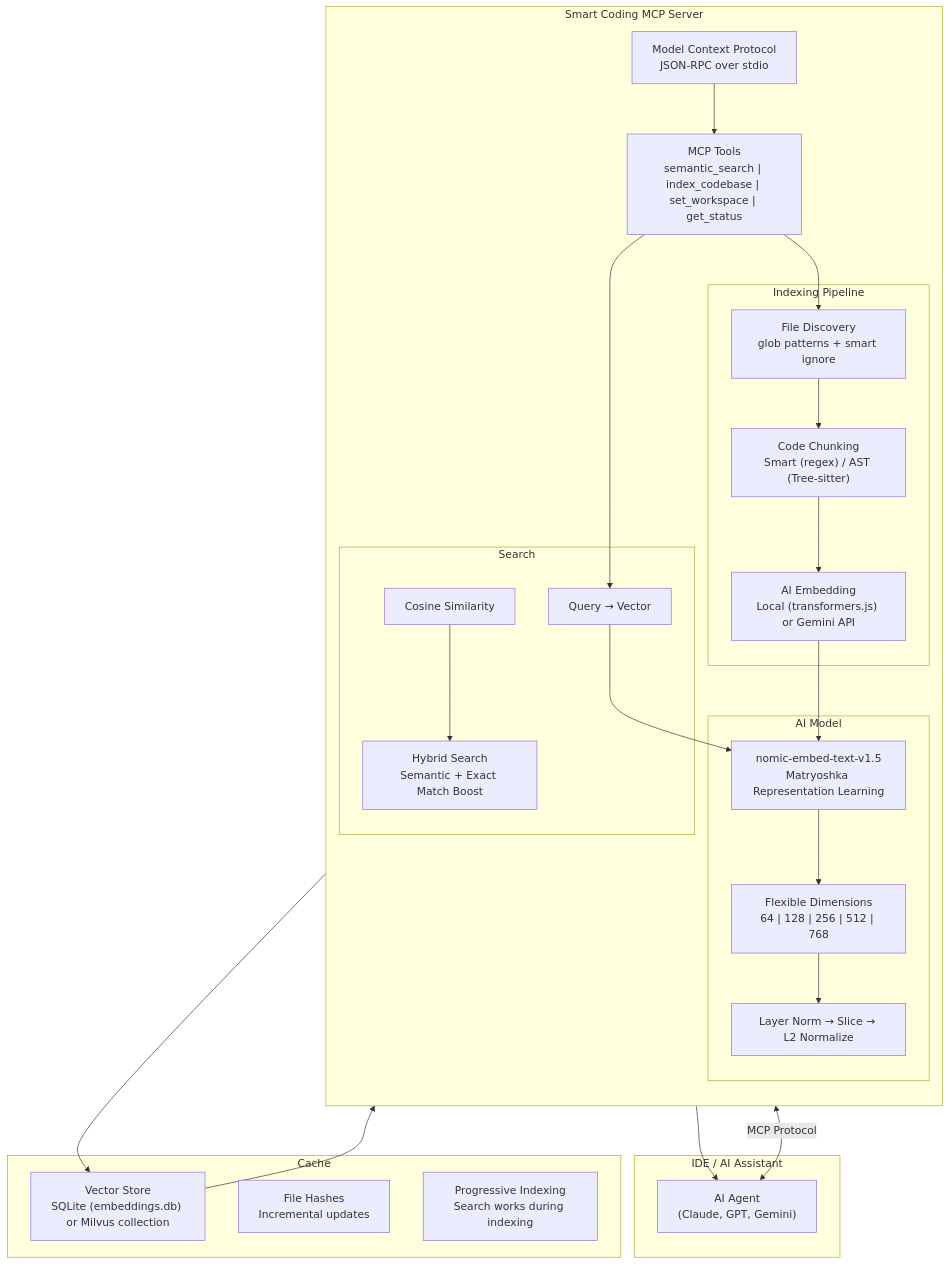
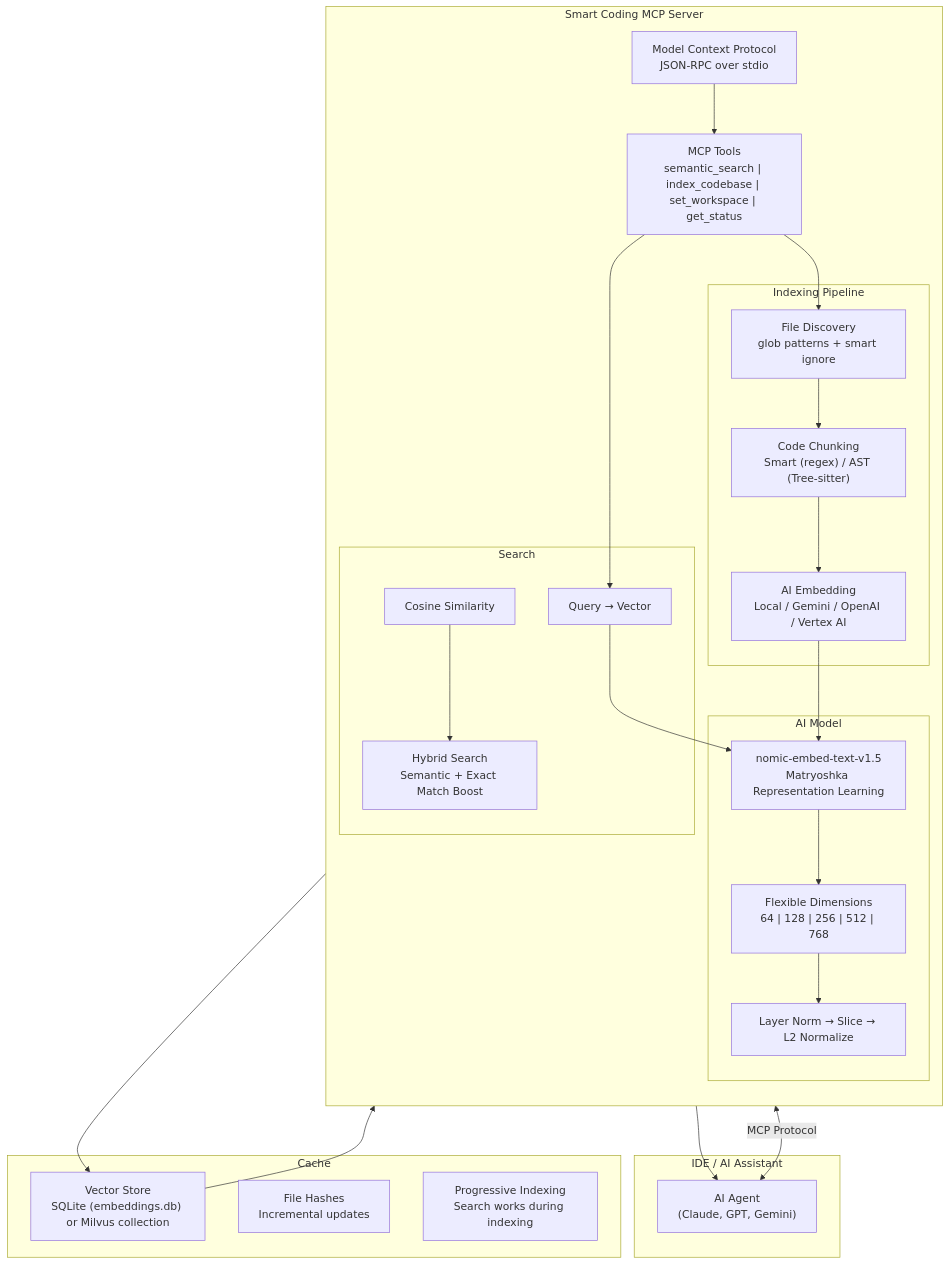
One commit to bitkyc08-arch/semantic-code-mcp changed the diagram in README.md. Above: the diagram before and after it, drawn with Mermaid. The commit also changed other lines of this file and 14 other files, not shown here.

First line of the commit message:
feat: multi-provider embedding (Vertex/OpenAI/OpenAI-compat) + parallel workers + tokenizer fix

````diff
--- a/README.md
+++ b/README.md
@@ -259,53 +263,53 @@
 ```mermaid
 flowchart TB
     subgraph IDE["IDE / AI Assistant"]
         Agent["AI Agent<br/>(Claude, GPT, Gemini)"]
     end
 
     subgraph MCP["Smart Coding MCP Server"]
         direction TB
         Protocol["Model Context Protocol<br/>JSON-RPC over stdio"]
         Tools["MCP Tools<br/>semantic_search | index_codebase | set_workspace | get_status"]
 
         subgraph Indexing["Indexing Pipeline"]
             Discovery["File Discovery<br/>glob patterns + smart ignore"]
             Chunking["Code Chunking<br/>Smart (regex) / AST (Tree-sitter)"]
-            Embedding["AI Embedding<br/>Local (transformers.js) or Gemini API"]
+            Embedding["AI Embedding<br/>Local / Gemini / OpenAI / Vertex AI"]
         end
 
         subgraph AI["AI Model"]
             Model["nomic-embed-text-v1.5<br/>Matryoshka Representation Learning"]
             Dimensions["Flexible Dimensions<br/>64 | 128 | 256 | 512 | 768"]
             Normalize["Layer Norm → Slice → L2 Normalize"]
         end
 
         subgraph Search["Search"]
             QueryEmbed["Query → Vector"]
             Cosine["Cosine Similarity"]
             Hybrid["Hybrid Search<br/>Semantic + Exact Match Boost"]
         end
     end
 
     subgraph Storage["Cache"]
         Vectors["Vector Store<br/>SQLite (embeddings.db) or Milvus collection"]
         Hashes["File Hashes<br/>Incremental updates"]
         Progressive["Progressive Indexing<br/>Search works during indexing"]
     end
 
     Agent <-->|"MCP Protocol"| Protocol
     Protocol --> Tools
 
     Tools --> Discovery
     Discovery --> Chunking
     Chunking --> Embedding
     Embedding --> Model
     Model --> Dimensions
     Dimensions --> Normalize
     Normalize --> Vectors
 
     Tools --> QueryEmbed
     QueryEmbed --> Model
     Cosine --> Hybrid
     Vectors --> Cosine
     Hybrid --> Agent
 ```
````
